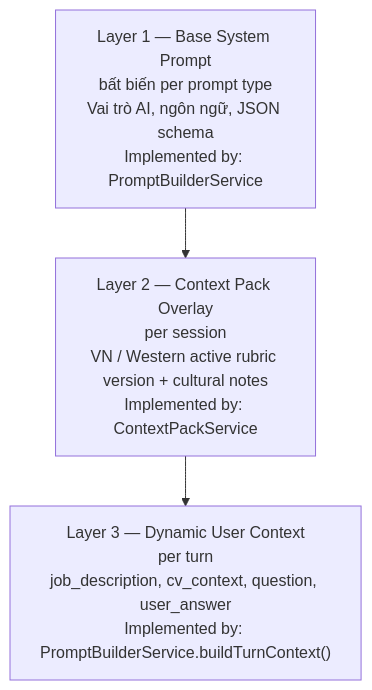
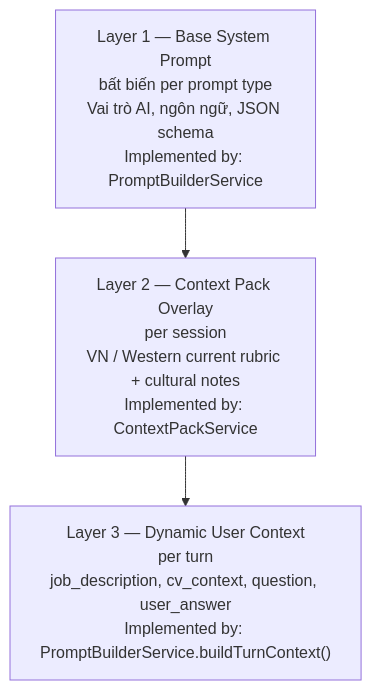
One commit to lethanhan01/interview-coach changed the ninth of 11 diagrams in docs/Design/ArchitecturalDesign/HLD_InterviewAI_v1.0.md. Above: the diagram before and after it, drawn with Mermaid. The commit also changed other lines of this file and 28 other files, not shown here.

````diff
--- a/docs/Design/ArchitecturalDesign/HLD_InterviewAI_v1.0.md
+++ b/docs/Design/ArchitecturalDesign/HLD_InterviewAI_v1.0.md
@@ -726,7 +726,7 @@
 ```mermaid
 flowchart TB
     L1["Layer 1 — Base System Prompt\nbất biến per prompt type\nVai trò AI, ngôn ngữ, JSON schema\nImplemented by: PromptBuilderService"]
-    L2["Layer 2 — Context Pack Overlay\nper session\nVN / Western active rubric version + cultural notes\nImplemented by: ContextPackService"]
+    L2["Layer 2 — Context Pack Overlay\nper session\nVN / Western current rubric + cultural notes\nImplemented by: ContextPackService"]
     L3["Layer 3 — Dynamic User Context\nper turn\njob_description, cv_context, question, user_answer\nImplemented by: PromptBuilderService.buildTurnContext()"]
     L1 --> L2 --> L3
 ```
````
